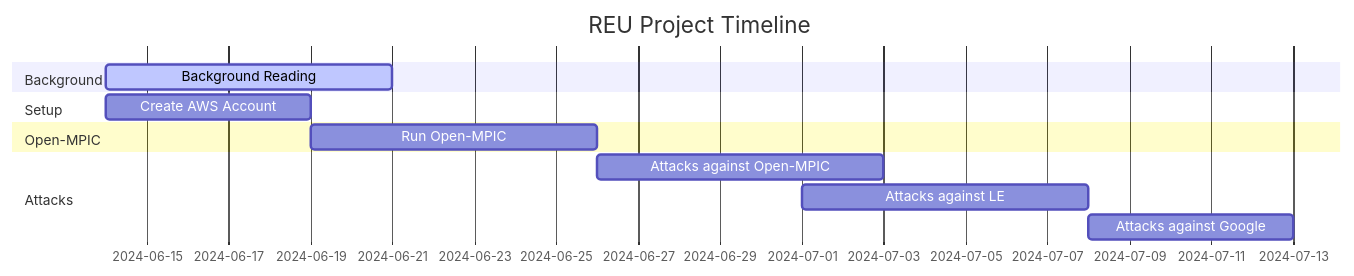
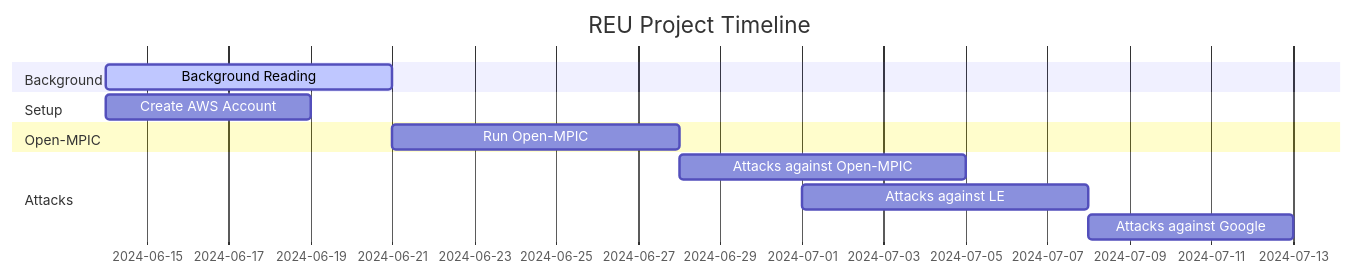
Before and after one commit to christine-guoo/Princeton-Intel-REU-: the diagram in README.md, drawn with Mermaid.

````diff
--- a/README.md
+++ b/README.md
@@ -2,15 +2,15 @@
 ```mermaid
 gantt
 dateFormat  YYYY-MM-DD
 title REU Project Timeline
 section Background
     Background Reading: active, rev1, 2024-06-14, 1w
 section Setup
     Create AWS Account: aws-setup, 2024-06-14, 5d
 section Open-MPIC
-    Run Open-MPIC: open-mpic, after aws-setup, 1w
+    Run Open-MPIC: open-mpic, 2024-06-21, 1w
 section Attacks
     Attacks against Open-MPIC: after open-mpic, 1w
     Attacks against LE: le-attacks, 2024-07-01, 1w
     Attacks against Google: after le-attacks, 5d
 ```
````
